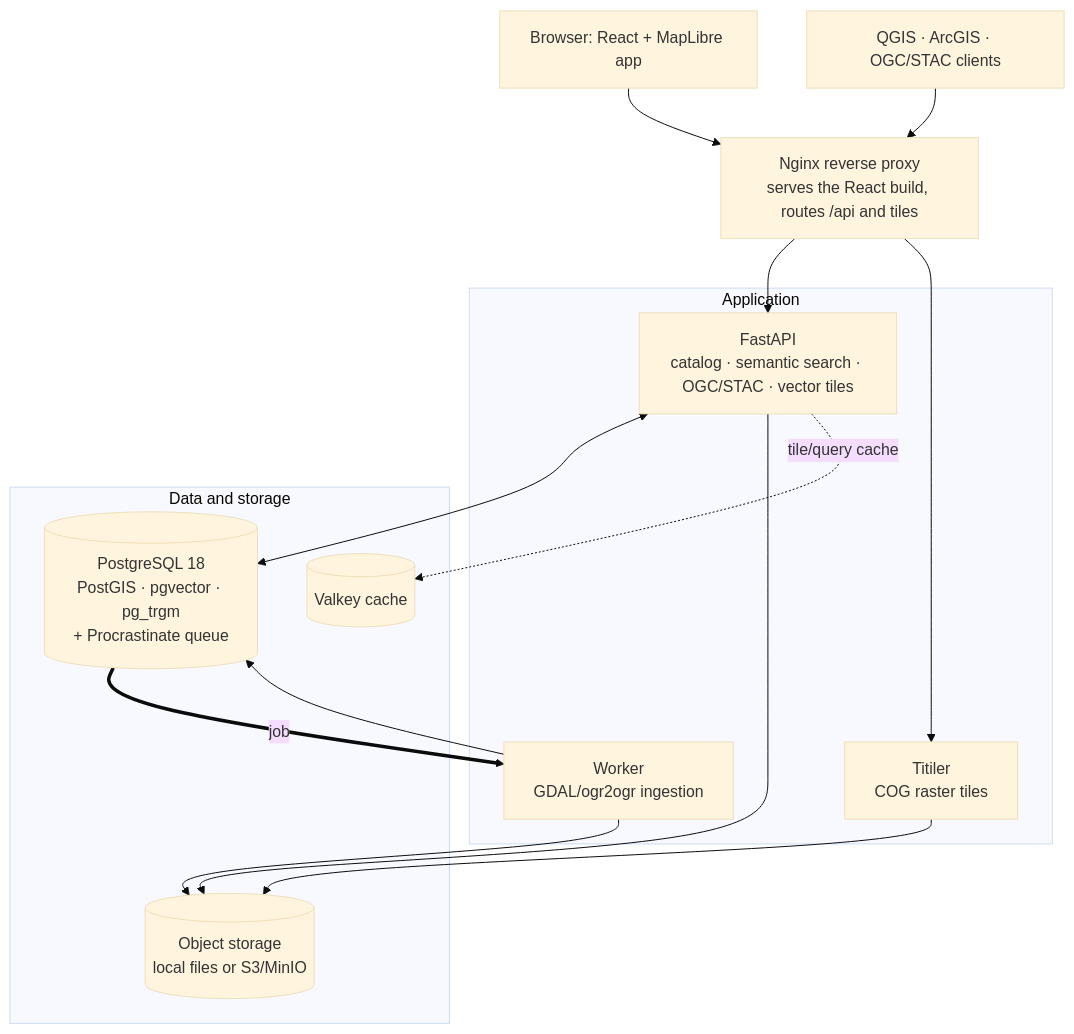
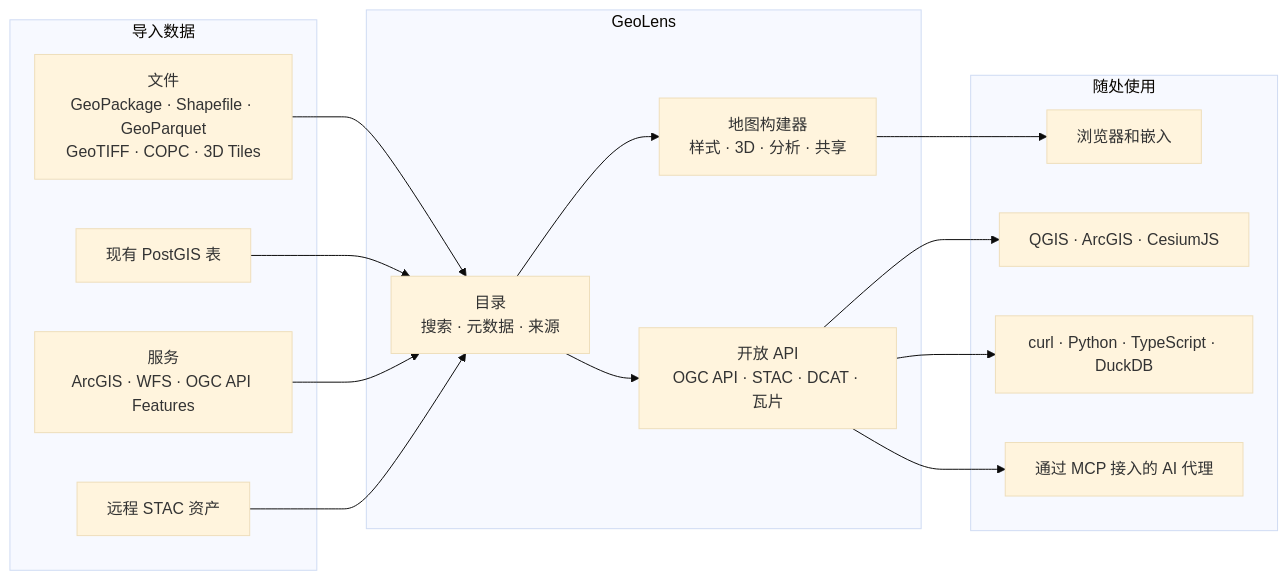
One commit to geolens-io/geolens changed the diagram in README.zh.md. Above: the diagram before and after it, drawn with Mermaid (base theme). The commit also changed other lines of this file, not shown here.

````diff
--- a/README.zh.md
+++ b/README.zh.md
@@ -339,31 +46,23 @@
 ```mermaid
-flowchart TB
-    B["Browser: React + MapLibre app"]
-    OGC["QGIS · ArcGIS · OGC/STAC clients"]
-
-    NG["Nginx reverse proxy<br/>serves the React build, routes /api and tiles"]
-
-    subgraph Application
-      API["FastAPI<br/>catalog · semantic search · OGC/STAC · vector tiles"]
-      W["Worker<br/>GDAL/ogr2ogr ingestion"]
-      TT["Titiler<br/>COG raster tiles"]
+flowchart LR
+    subgraph IN ["导入数据"]
+      F["文件<br/>GeoPackage · Shapefile · GeoParquet<br/>GeoTIFF · COPC · 3D Tiles"]
+      DB["现有 PostGIS 表"]
+      SVC["服务<br/>ArcGIS · WFS · OGC API Features"]
+      ST["远程 STAC 资产"]
     end
-
-    subgraph store [Data and storage]
-      PG[("PostgreSQL 18<br/>PostGIS · pgvector · pg_trgm<br/>+ Procrastinate queue")]
-      OBJ[("Object storage<br/>local files or S3/MinIO")]
-      CACHE[("Valkey cache")]
+    subgraph GL ["GeoLens"]
+      CAT["目录<br/>搜索 · 元数据 · 来源"]
+      MB["地图构建器<br/>样式 · 3D · 分析 · 共享"]
+      STD["开放 API<br/>OGC API · STAC · DCAT · 瓦片"]
     end
-
-    B --> NG
-    OGC --> NG
-    NG --> API
-    NG --> TT
-    API <--> PG
-    API --> OBJ
-    API -. tile/query cache .-> CACHE
-    PG == job ==> W
-    W --> PG
-    W --> OBJ
-    TT --> OBJ
+    subgraph OUT ["随处使用"]
+      WEB["浏览器和嵌入"]
+      GIS["QGIS · ArcGIS · CesiumJS"]
+      CODE["curl · Python · TypeScript · DuckDB"]
+      AG["通过 MCP 接入的 AI 代理"]
+    end
+    F & DB & SVC & ST --> CAT
+    CAT --> MB --> WEB
+    CAT --> STD --> GIS & CODE & AG
 ```
````
